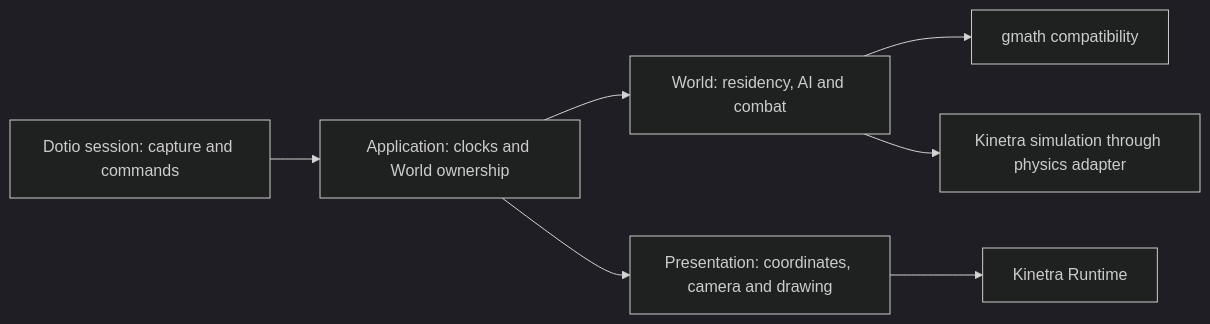
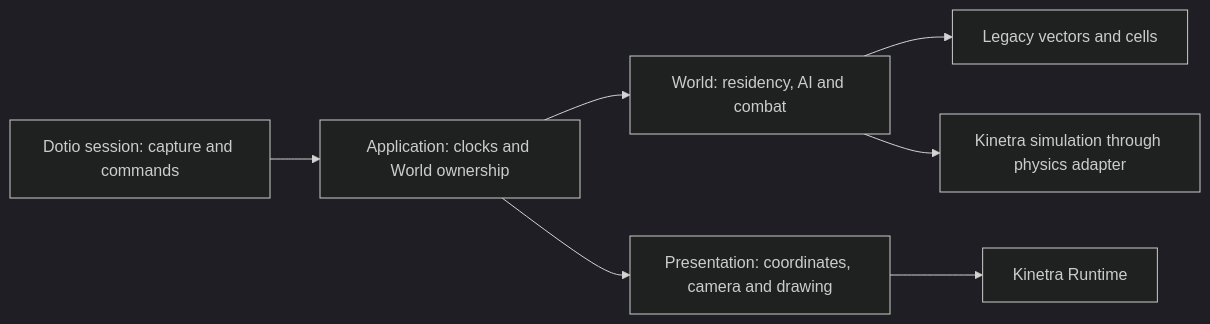
The first of 3 diagrams in labs/dotio/README.md (SMB-M87/Kinetra-Lab), drawn with Mermaid (dark theme) before and after one commit. The commit also changed other lines of this file and 10 other files, not shown here.

````diff
--- a/labs/dotio/README.md
+++ b/labs/dotio/README.md
@@ -24,9 +24,9 @@
 ```mermaid
 flowchart LR
     Session["Dotio session: capture and commands"] --> App["Application: clocks and World ownership"]
     App --> World["World: residency, AI and combat"]
-    World --> Math["gmath compatibility"]
+    World --> Math["Legacy vectors and cells"]
     World --> Physics["Kinetra simulation through physics adapter"]
     App --> Presentation["Presentation: coordinates, camera and drawing"]
     Presentation --> Runtime["Kinetra Runtime"]
 ```
````
